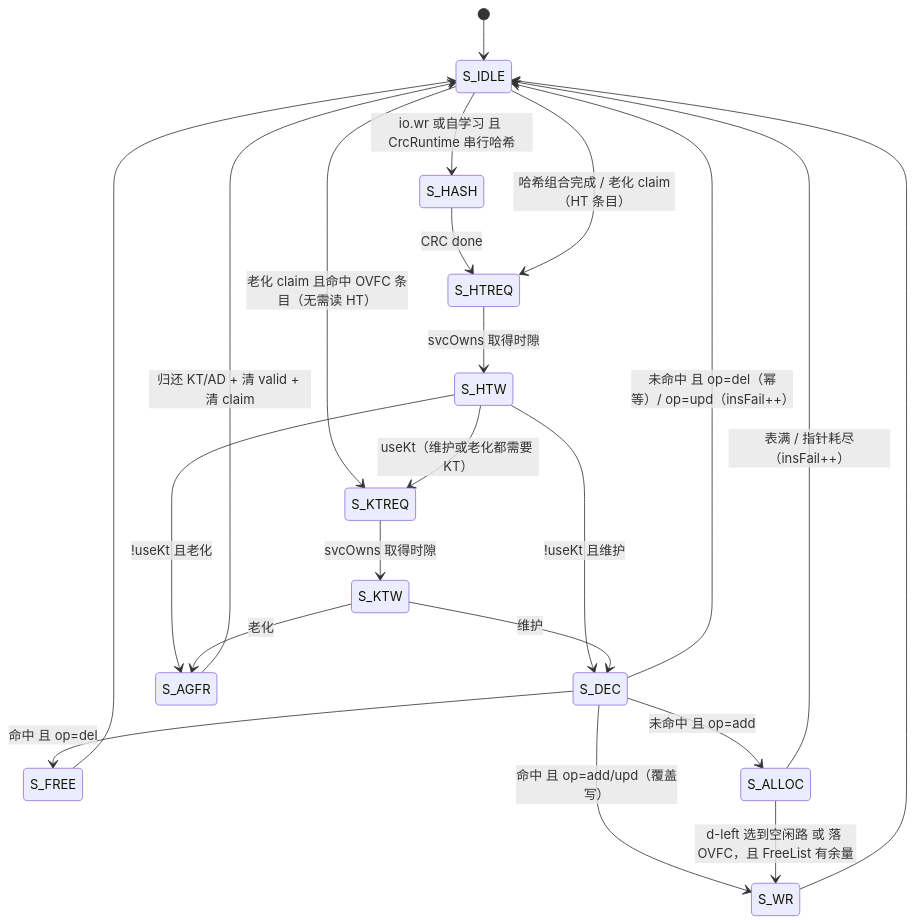
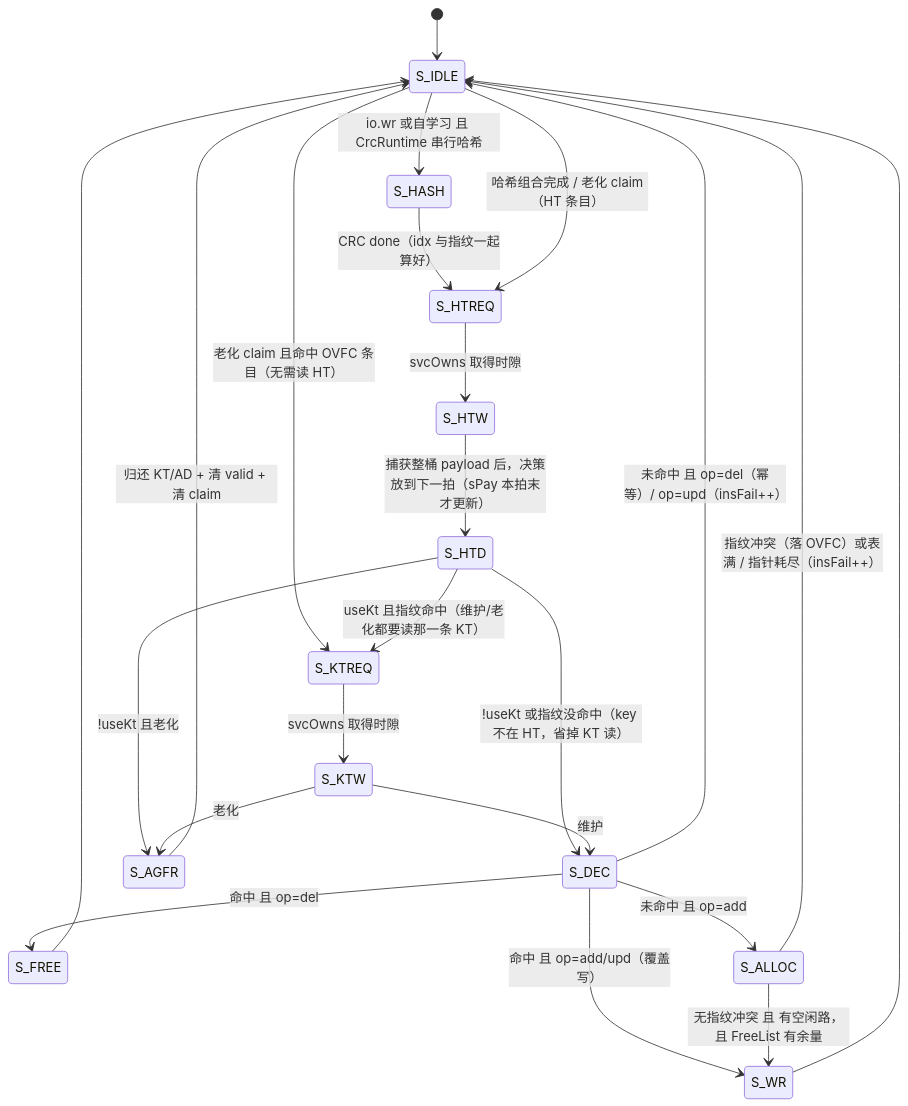
One commit to RuyeeAI/HardwareDesign changed the fifth of 8 diagrams in docs/BaseCbb_设计文档/14_em.md. Above: the diagram before and after it, drawn with Mermaid. The commit also changed other lines of this file and 4 other files, not shown here.

````diff
--- a/docs/BaseCbb_设计文档/14_em.md
+++ b/docs/BaseCbb_设计文档/14_em.md
@@ -276,24 +288,25 @@
 ```mermaid
 stateDiagram-v2
     [*] --> S_IDLE
     S_IDLE --> S_HASH : io.wr 或自学习 且 CrcRuntime 串行哈希
-    S_HASH --> S_HTREQ : CRC done
+    S_HASH --> S_HTREQ : CRC done（idx 与指纹一起算好）
     S_IDLE --> S_HTREQ : 哈希组合完成 / 老化 claim（HT 条目）
     S_IDLE --> S_KTREQ : 老化 claim 且命中 OVFC 条目（无需读 HT）
     S_HTREQ --> S_HTW : svcOwns 取得时隙
-    S_HTW --> S_KTREQ : useKt（维护或老化都需要 KT）
-    S_HTW --> S_DEC : !useKt 且维护
-    S_HTW --> S_AGFR : !useKt 且老化
+    S_HTW --> S_HTD : 捕获整桶 payload 后，决策放到下一拍（sPay 本拍末才更新）
+    S_HTD --> S_KTREQ : useKt 且指纹命中（维护/老化都要读那一条 KT）
+    S_HTD --> S_DEC : !useKt 或指纹没命中（key 不在 HT，省掉 KT 读）
+    S_HTD --> S_AGFR : !useKt 且老化
     S_KTREQ --> S_KTW : svcOwns 取得时隙
     S_KTW --> S_DEC : 维护
     S_KTW --> S_AGFR : 老化
     S_DEC --> S_FREE : 命中 且 op=del
     S_DEC --> S_WR : 命中 且 op=add/upd（覆盖写）
     S_DEC --> S_IDLE : 未命中 且 op=del（幂等）/ op=upd（insFail++）
     S_DEC --> S_ALLOC : 未命中 且 op=add
-    S_ALLOC --> S_WR : d-left 选到空闲路 或 落 OVFC，且 FreeList 有余量
-    S_ALLOC --> S_IDLE : 表满 / 指针耗尽（insFail++）
+    S_ALLOC --> S_WR : 无指纹冲突 且 有空闲路，且 FreeList 有余量
+    S_ALLOC --> S_IDLE : 指纹冲突（落 OVFC）或表满 / 指针耗尽（insFail++）
     S_WR --> S_IDLE
     S_FREE --> S_IDLE
     S_AGFR --> S_IDLE : 归还 KT/AD + 清 valid + 清 claim
 ```
````
